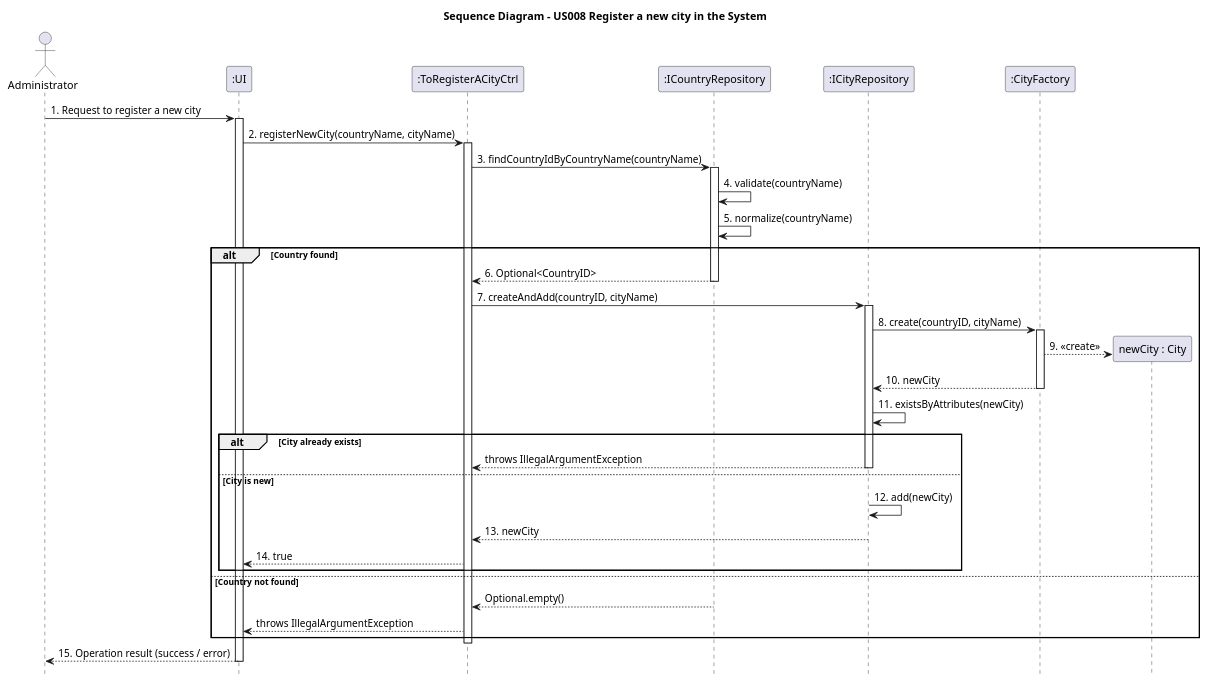
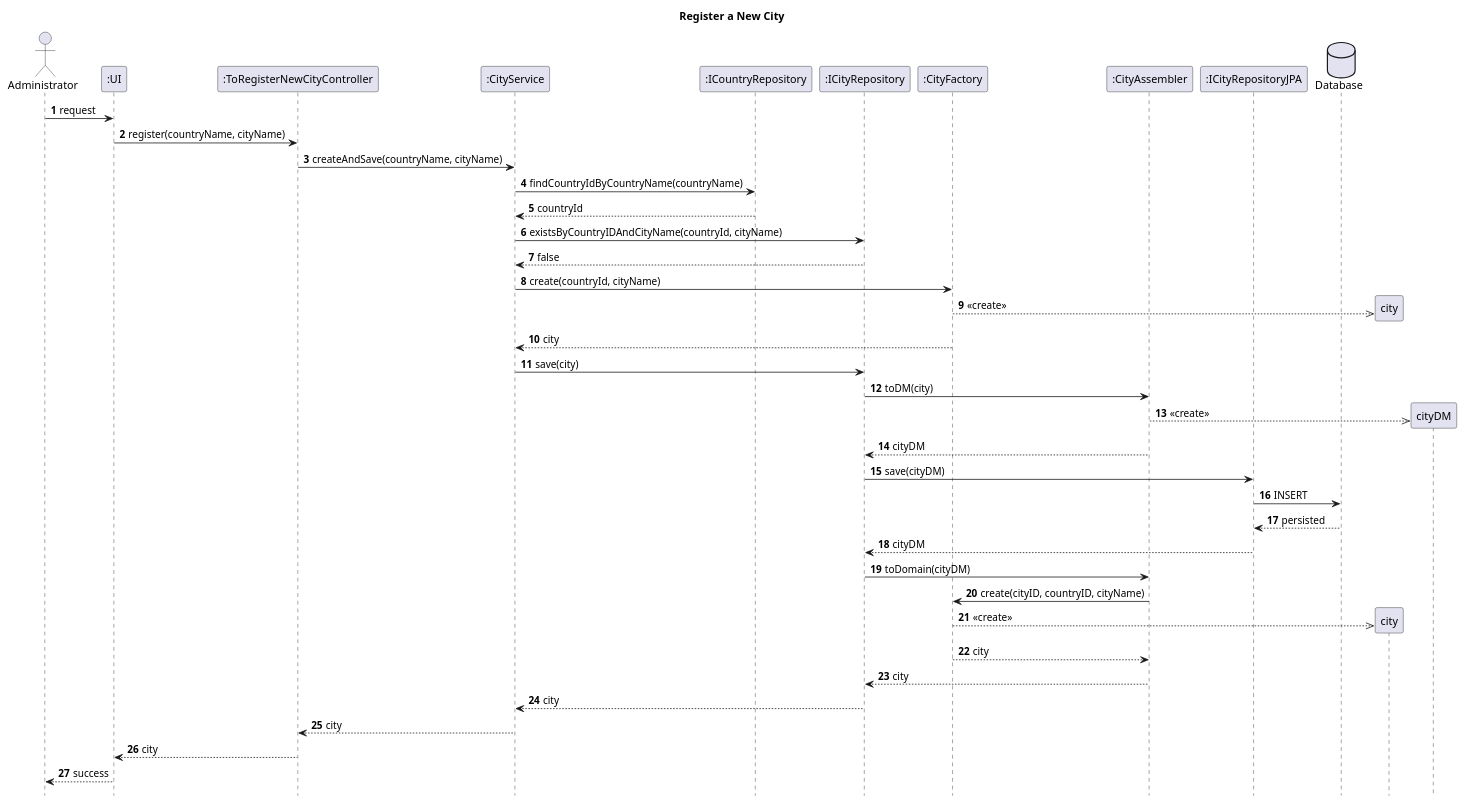
Before and after one commit to AndrePereiraGitH/SWitCH-Project-Team_A: the diagram in Diagrams/SequenceDiagrams/N2/To-register-new-city-in-the-system.puml, drawn with PlantUML. The commit also changed 1 other file, not shown here.

Commit message:
docs #718: refactored Class Diagram and Sequence Diagram N2 to reflect new design

```diff
--- a/Diagrams/SequenceDiagrams/N2/To-register-new-city-in-the-system.puml
+++ b/Diagrams/SequenceDiagrams/N2/To-register-new-city-in-the-system.puml
@@ -1,67 +1,57 @@
 @startuml
 
-footbox off
-title Sequence Diagram - US008 Register a new city in the System
+autonumber
+hide footbox
+title Register a New City
 
 actor Administrator
 participant ":UI" as UI
-participant ":ToRegisterACityCtrl" as CityController
+participant ":ToRegisterNewCityController" as Controller
+participant ":CityService" as Service
 participant ":ICountryRepository" as CountryRepository
 participant ":ICityRepository" as CityRepository
-participant ":CityFactory" as CityFactory
+participant ":CityFactory" as Factory
+participant ":CityAssembler" as Assembler
+participant ":ICityRepositoryJPA" as JPA
+database "Database" as DB
 
-Administrator -> UI : 1. Request to register a new city
-activate UI
+Administrator -> UI : request
+UI -> Controller : register(countryName, cityName)
 
-UI -> CityController : 2. registerNewCity(countryName, cityName)
-activate CityController
+Controller -> Service : createAndSave(countryName, cityName)
 
-CityController -> CountryRepository : 3. findCountryIdByCountryName(countryName)
-activate CountryRepository
+Service -> CountryRepository : findCountryIdByCountryName(countryName)
+CountryRepository --> Service : countryId
 
-CountryRepository -> CountryRepository : 4. validate(countryName)
-CountryRepository -> CountryRepository : 5. normalize(countryName)
+Service -> CityRepository : existsByCountryIDAndCityName(countryId, cityName)
+CityRepository --> Service : false
 
-alt Country found
-    CountryRepository --> CityController : 6. Optional<CountryID>
+Service -> Factory : create(countryId, cityName)
+Factory -->> city** : <<create>>
+Factory --> Service : city
 
-    deactivate CountryRepository
+Service -> CityRepository : save(city)
 
-    CityController -> CityRepository : 7. createAndAdd(countryID, cityName)
-    activate CityRepository
+CityRepository -> Assembler : toDM(city)
+Assembler -->> cityDM** : <<create>>
+Assembler --> CityRepository : cityDM
 
-    CityRepository -> CityFactory : 8. create(countryID, cityName)
-    activate CityFactory
+CityRepository -> JPA : save(cityDM)
+JPA -> DB : INSERT
+DB --> JPA : persisted
+JPA --> CityRepository : cityDM
 
-    create "newCity : City" as City
-    CityFactory --> City : 9. «create»
+CityRepository -> Assembler : toDomain(cityDM)
 
-    CityFactory --> CityRepository : 10. newCity
-    deactivate CityFactory
+Assembler -> Factory : create(cityID, countryID, cityName)
+Factory -->> city** : <<create>>
+Factory --> Assembler : city
 
-    CityRepository -> CityRepository : 11. existsByAttributes(newCity)
+Assembler --> CityRepository : city
 
-    alt City already exists
-        CityRepository --> CityController : throws IllegalArgumentException
-        deactivate CityRepository
-    else City is new
-        CityRepository -> CityRepository : 12. add(newCity)
-        CityRepository --> CityController : 13. newCity
-        deactivate CityRepository
-
-        CityController --> UI : 14. true
-    end
-
-else Country not found
-    CountryRepository --> CityController : Optional.empty()
-    deactivate CountryRepository
-
-    CityController --> UI : throws IllegalArgumentException
-end
-
-deactivate CityController
-
-UI --> Administrator : 15. Operation result (success / error)
-deactivate UI
+CityRepository --> Service : city
+Service --> Controller : city
+Controller --> UI : city
+UI --> Administrator : success
 
 @enduml
```
